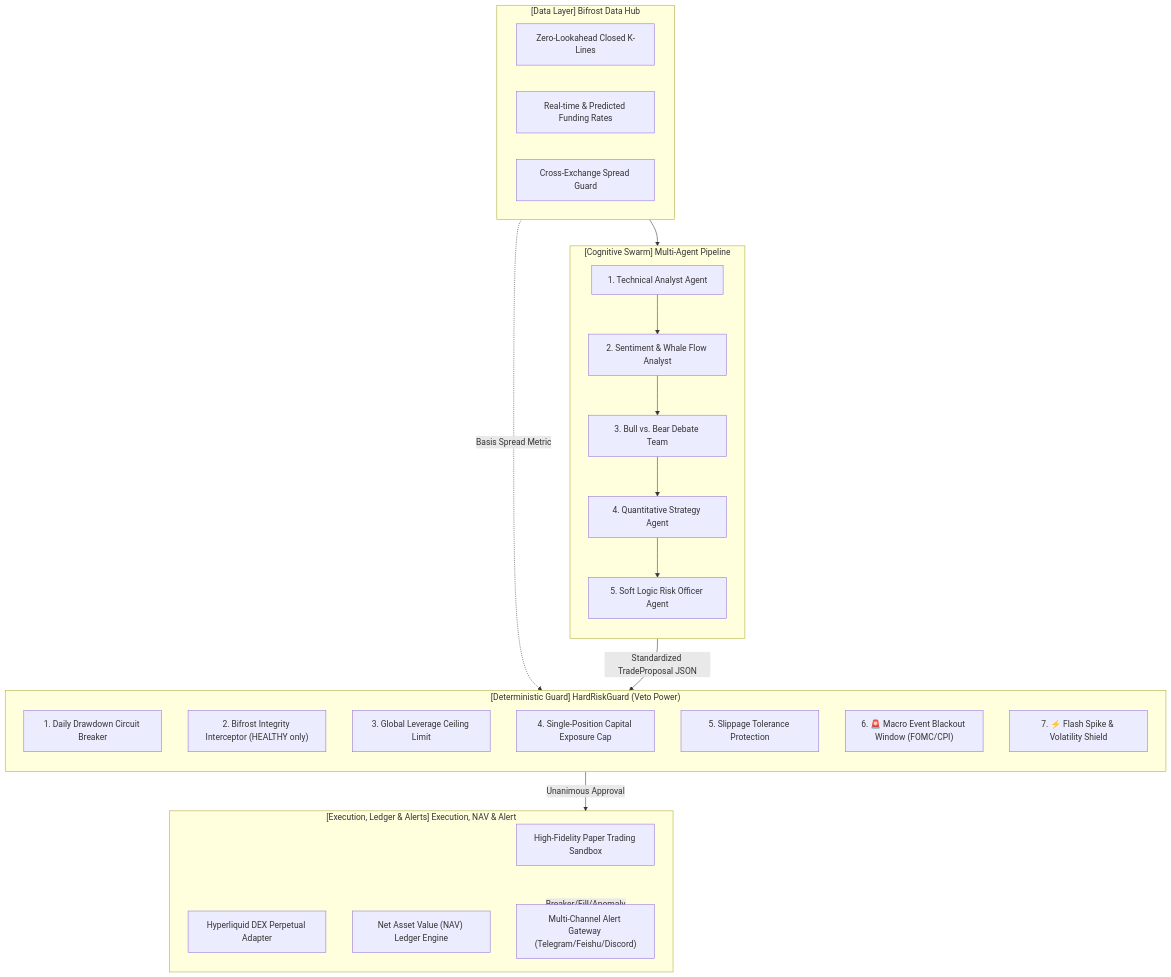
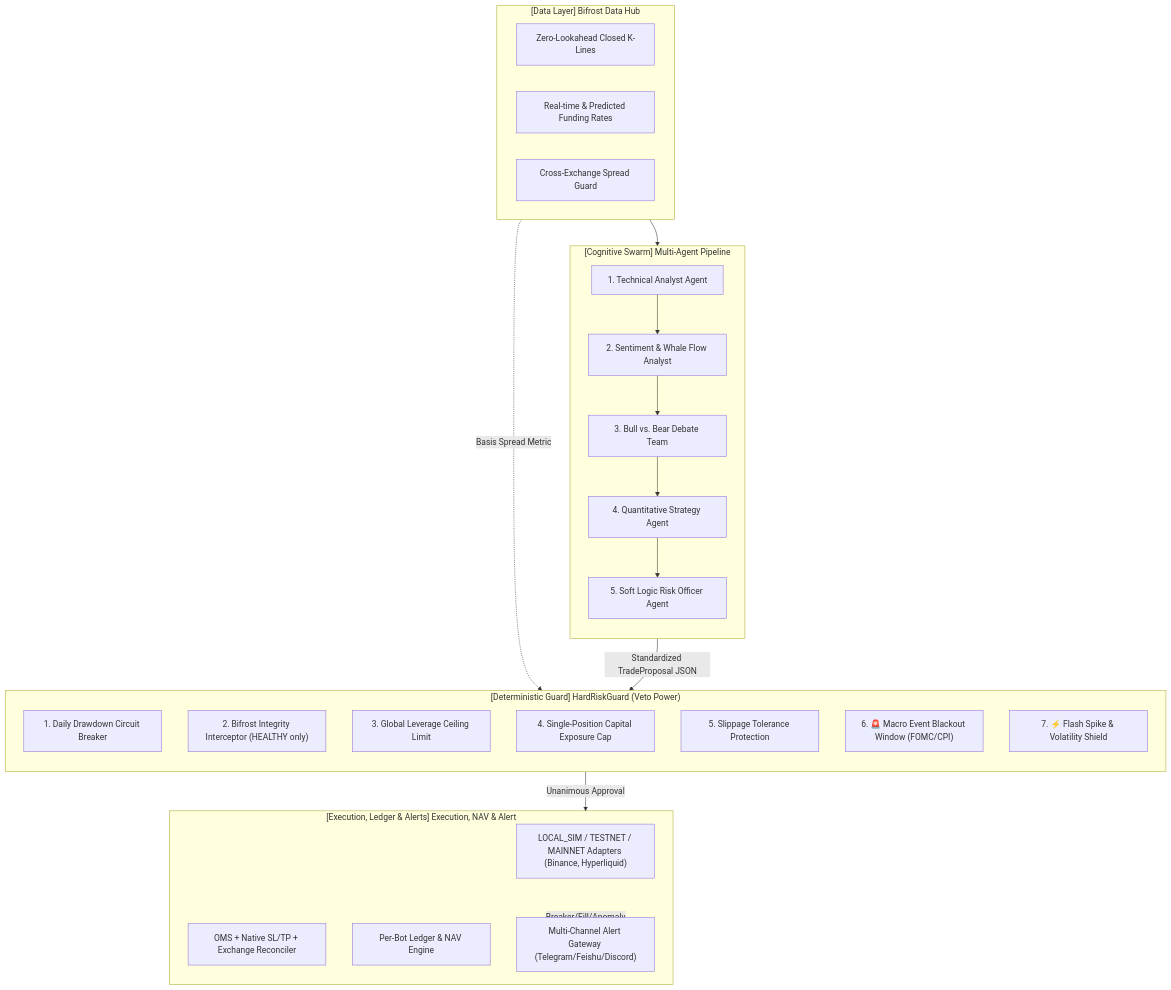
The diagram in README.md (open-agentpay/heimdall-trading), drawn with Mermaid before and after one commit. The commit also changed other lines of this file and 3 other files, not shown here.

````diff
--- a/README.md
+++ b/README.md
@@ -53,42 +53,42 @@
 ```mermaid
 flowchart TD
     subgraph Data["[Data Layer] Bifrost Data Hub"]
         B1["Zero-Lookahead Closed K-Lines"]
         B2["Real-time & Predicted Funding Rates"]
         B3["Cross-Exchange Spread Guard"]
     end
 
     subgraph Swarm["[Cognitive Swarm] Multi-Agent Pipeline"]
         direction TB
         A1["1. Technical Analyst Agent"]
         A5["2. Sentiment & Whale Flow Analyst"]
         A2["3. Bull vs. Bear Debate Team"]
         A3["4. Quantitative Strategy Agent"]
         A4["5. Soft Logic Risk Officer Agent"]
         A1 --> A5 --> A2 --> A3 --> A4
     end
 
     subgraph Guard["[Deterministic Guard] HardRiskGuard (Veto Power)"]
         direction TB
         G1["1. Daily Drawdown Circuit Breaker"]
         G2["2. Bifrost Integrity Interceptor (HEALTHY only)"]
         G3["3. Global Leverage Ceiling Limit"]
         G4["4. Single-Position Capital Exposure Cap"]
         G5["5. Slippage Tolerance Protection"]
         G6["6. 🚨 Macro Event Blackout Window (FOMC/CPI)"]
         G7["7. ⚡ Flash Spike & Volatility Shield"]
     end
 
     subgraph Exec["[Execution, Ledger & Alerts] Execution, NAV & Alert"]
-        E1["High-Fidelity Paper Trading Sandbox"]
-        E2["Hyperliquid DEX Perpetual Adapter"]
-        E3["Net Asset Value (NAV) Ledger Engine"]
+        E1["LOCAL_SIM / TESTNET / MAINNET Adapters (Binance, Hyperliquid)"]
+        E2["OMS + Native SL/TP + Exchange Reconciler"]
+        E3["Per-Bot Ledger & NAV Engine"]
         E4["Multi-Channel Alert Gateway (Telegram/Feishu/Discord)"]
     end
 
     Data --> Swarm
     Data -.->|Basis Spread Metric| Guard
     Swarm -->|Standardized TradeProposal JSON| Guard
     Guard -->|Unanimous Approval| Exec
     Exec -->|Breaker/Fill/Anomaly| E4
 ```
````
